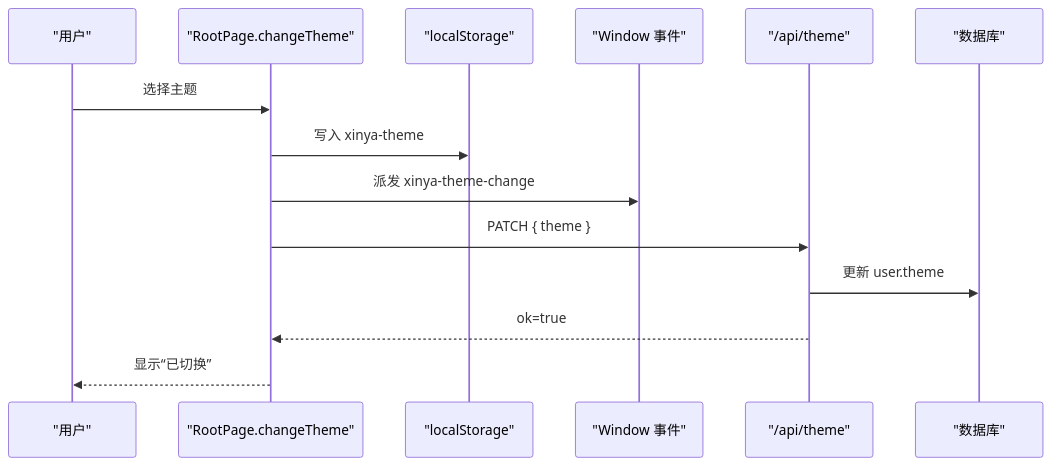
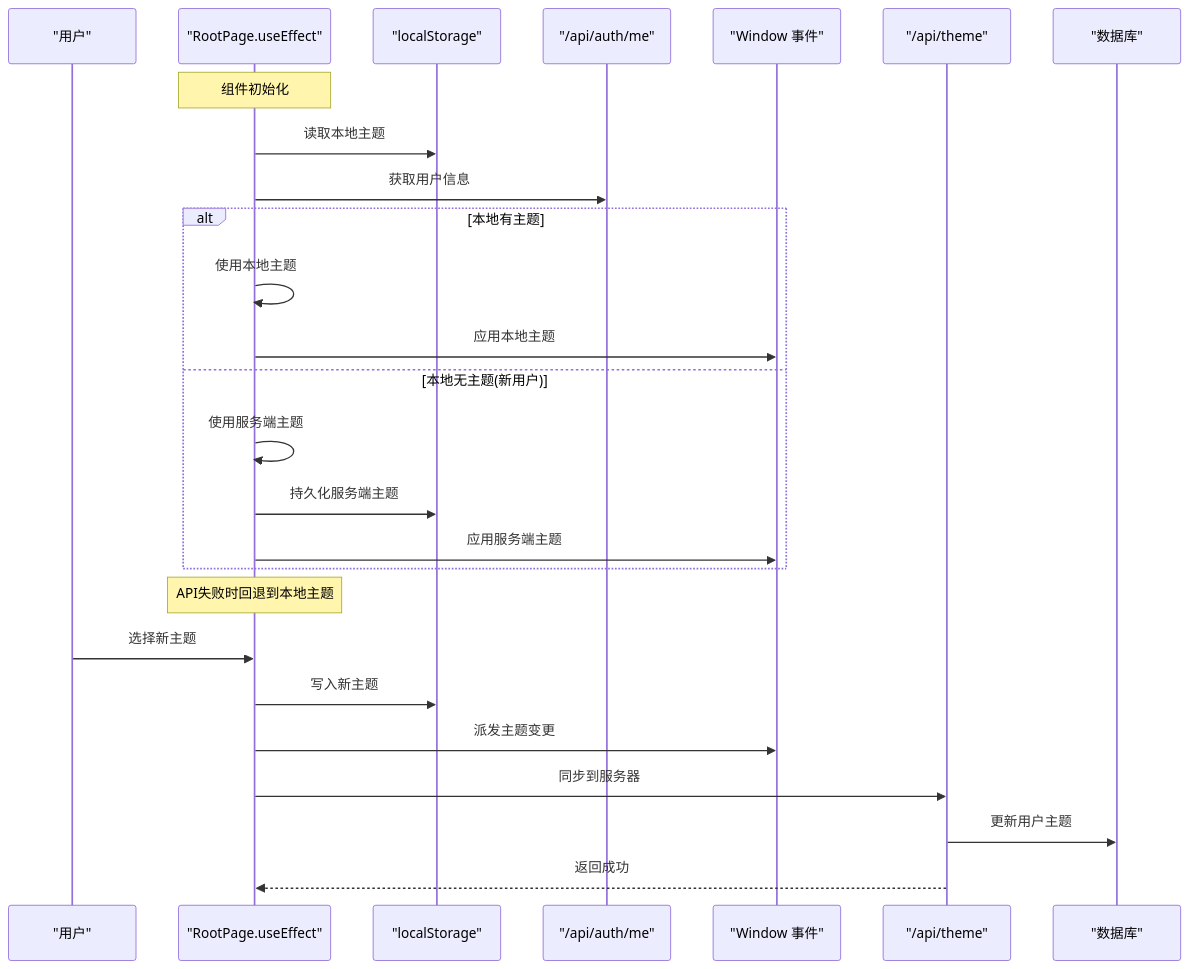
Before and after one commit to kangkang919/xinya: the fifth of 8 diagrams in .qoder/repowiki/zh/content/架构设计/主题系统架构.md, drawn with Mermaid. The commit also changed other lines of this file and 13 other files, not shown here.

````diff
--- a/.qoder/repowiki/zh/content/架构设计/主题系统架构.md
+++ b/.qoder/repowiki/zh/content/架构设计/主题系统架构.md
@@ -195,16 +208,28 @@
 ```mermaid
 sequenceDiagram
 participant U as "用户"
-participant RP as "RootPage.changeTheme"
+participant RP as "RootPage.useEffect"
 participant LS as "localStorage"
+participant API as "/api/auth/me"
 participant EVT as "Window 事件"
-participant API as "/api/theme"
+participant API2 as "/api/theme"
 participant DB as "数据库"
-U->>RP : 选择主题
-RP->>LS : 写入 xinya-theme
-RP->>EVT : 派发 xinya-theme-change
-RP->>API : PATCH { theme }
-API->>DB : 更新 user.theme
-API-->>RP : ok=true
-RP-->>U : 显示“已切换”
+Note over RP : 组件初始化
+RP->>LS : 读取本地主题
+RP->>API : 获取用户信息
+alt 本地有主题
+RP->>RP : 使用本地主题
+RP->>EVT : 应用本地主题
+else 本地无主题(新用户)
+RP->>RP : 使用服务端主题
+RP->>LS : 持久化服务端主题
+RP->>EVT : 应用服务端主题
+end
+Note over RP : API失败时回退到本地主题
+U->>RP : 选择新主题
+RP->>LS : 写入新主题
+RP->>EVT : 派发主题变更
+RP->>API2 : 同步到服务器
+API2->>DB : 更新用户主题
+API2-->>RP : 返回成功
 ```
````
